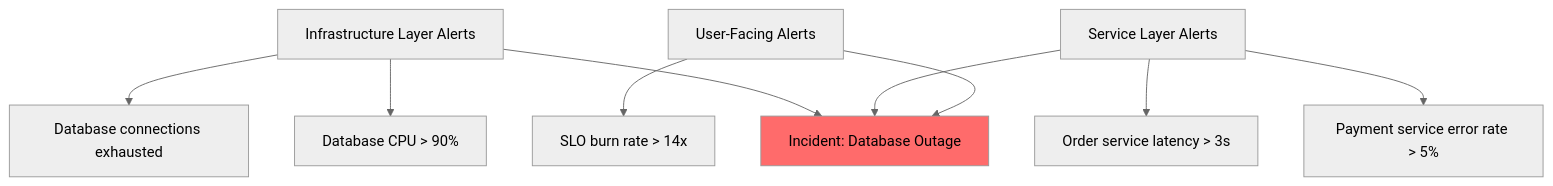
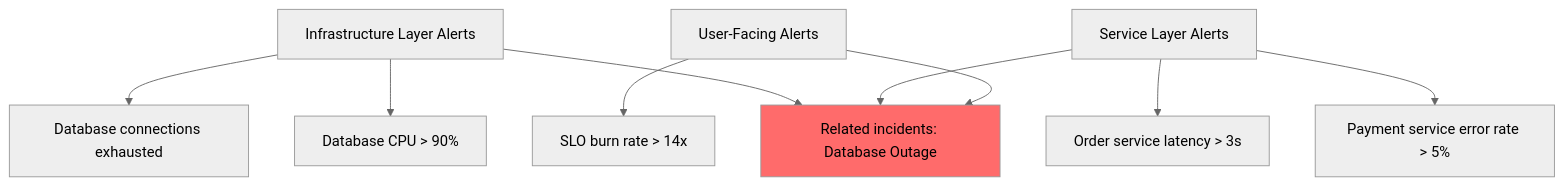
Before and after one commit to OneUptime/blog: the diagram in posts/2026-02-17-how-to-configure-incident-management-workflows-using-google-cloud-monitoring-incidents/README.md, drawn with Mermaid (neutral theme). The commit also changed other lines of this file and 2 other files, not shown here.

Commit message:
validate: 2026-02-17-how-to-configure-incident-management-workflows-using-google-cloud-monitoring-incidents

````diff
--- a/posts/2026-02-17-how-to-configure-incident-management-workflows-using-google-cloud-monitoring-incidents/README.md
+++ b/posts/2026-02-17-how-to-configure-incident-management-workflows-using-google-cloud-monitoring-incidents/README.md
@@ -82,14 +80,14 @@
 ```mermaid
 graph TD
-    A[Infrastructure Layer Alerts] --> D[Incident: Database Outage]
+    A[Infrastructure Layer Alerts] --> D[Related incidents: Database Outage]
     B[Service Layer Alerts] --> D
     C[User-Facing Alerts] --> D
 
     A --> A1[Database CPU > 90%]
     A --> A2[Database connections exhausted]
     B --> B1[Payment service error rate > 5%]
     B --> B2[Order service latency > 3s]
     C --> C1[SLO burn rate > 14x]
 
     style D fill:#ff6b6b
 ```
````
